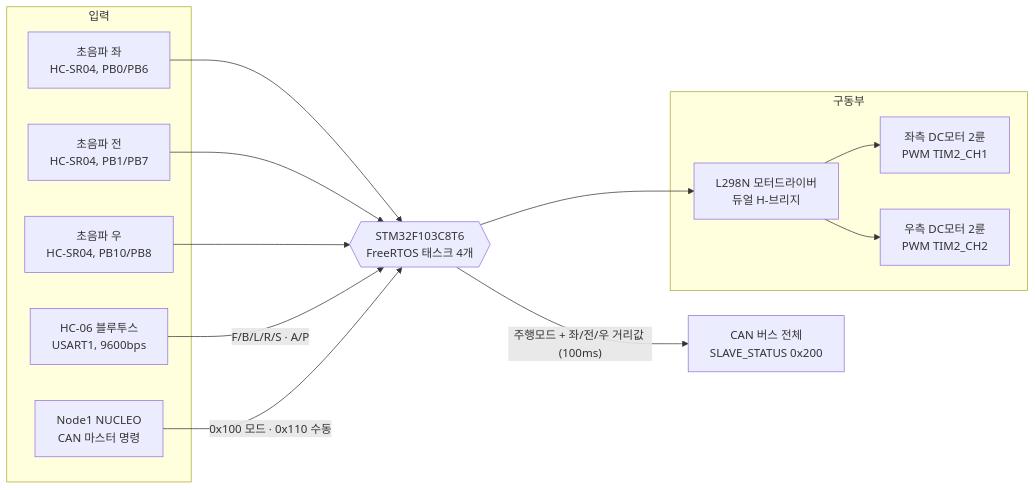
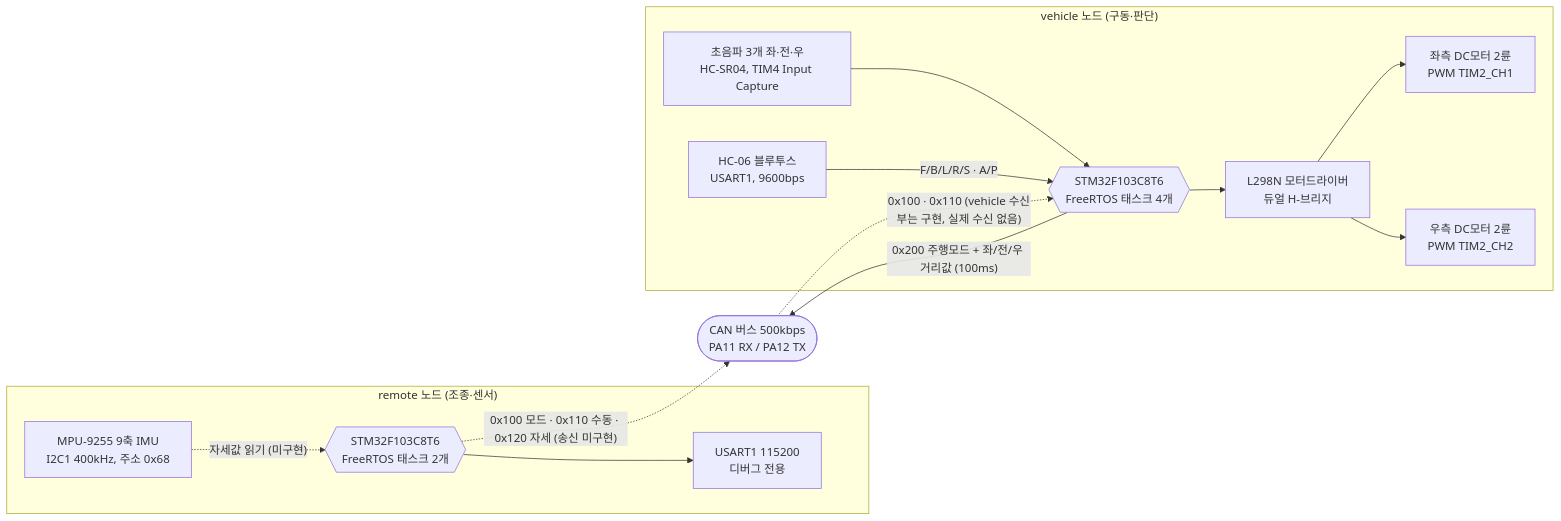
The first of 3 diagrams in README.md (dlgus0630/Project03_SelfDrivingCar), drawn with Mermaid before and after one commit. The commit also changed other lines of this file, not shown here.

First line of the commit message:
README: CAN 2-노드 구조(remote 9축 IMU + vehicle)로 갱신

````diff
--- a/README.md
+++ b/README.md
@@ -288,31 +355,32 @@
 ```mermaid
 flowchart LR
-    subgraph 입력
-        US_L["초음파 좌<br/>HC-SR04, PB0/PB6"]
-        US_F["초음파 전<br/>HC-SR04, PB1/PB7"]
-        US_R["초음파 우<br/>HC-SR04, PB10/PB8"]
-        BT["HC-06 블루투스<br/>USART1, 9600bps"]
-        CAN_IN["Node1 NUCLEO<br/>CAN 마스터 명령"]
+    subgraph REMOTE["remote 노드 (조종·센서)"]
+        IMU["MPU-9255 9축 IMU<br/>I2C1 400kHz, 주소 0x68"]
+        MCU_R{{"STM32F103C8T6<br/>FreeRTOS 태스크 2개"}}
+        DBG["USART1 115200<br/>디버그 전용"]
     end
 
-    MCU{{"STM32F103C8T6<br/>FreeRTOS 태스크 4개"}}
+    BUS(["CAN 버스 500kbps<br/>PA11 RX / PA12 TX"])
 
-    subgraph 구동부
+    subgraph VEHICLE["vehicle 노드 (구동·판단)"]
+        US["초음파 3개 좌·전·우<br/>HC-SR04, TIM4 Input Capture"]
+        BT["HC-06 블루투스<br/>USART1, 9600bps"]
+        MCU_V{{"STM32F103C8T6<br/>FreeRTOS 태스크 4개"}}
         L298["L298N 모터드라이버<br/>듀얼 H-브리지"]
         M_L["좌측 DC모터 2륜<br/>PWM TIM2_CH1"]
         M_R["우측 DC모터 2륜<br/>PWM TIM2_CH2"]
     end
 
-    CAN_OUT["CAN 버스 전체<br/>SLAVE_STATUS 0x200"]
+    IMU -. "자세값 읽기 (미구현)" .-> MCU_R
+    MCU_R --> DBG
+    MCU_R -. "0x100 모드 · 0x110 수동 · 0x120 자세 (송신 미구현)" .-> BUS
 
-    US_L --> MCU
-    US_F --> MCU
-    US_R --> MCU
-    BT -- "F/B/L/R/S · A/P" --> MCU
-    CAN_IN -- "0x100 모드 · 0x110 수동" --> MCU
+    US --> MCU_V
+    BT -- "F/B/L/R/S · A/P" --> MCU_V
+    BUS -. "0x100 · 0x110 (vehicle 수신부는 구현, 실제 수신 없음)" .-> MCU_V
+    MCU_V -- "0x200 주행모드 + 좌/전/우 거리값 (100ms)" --> BUS
 
-    MCU --> L298
+    MCU_V --> L298
     L298 --> M_L
     L298 --> M_R
-    MCU -- "주행모드 + 좌/전/우 거리값 (100ms)" --> CAN_OUT
 ```
````
